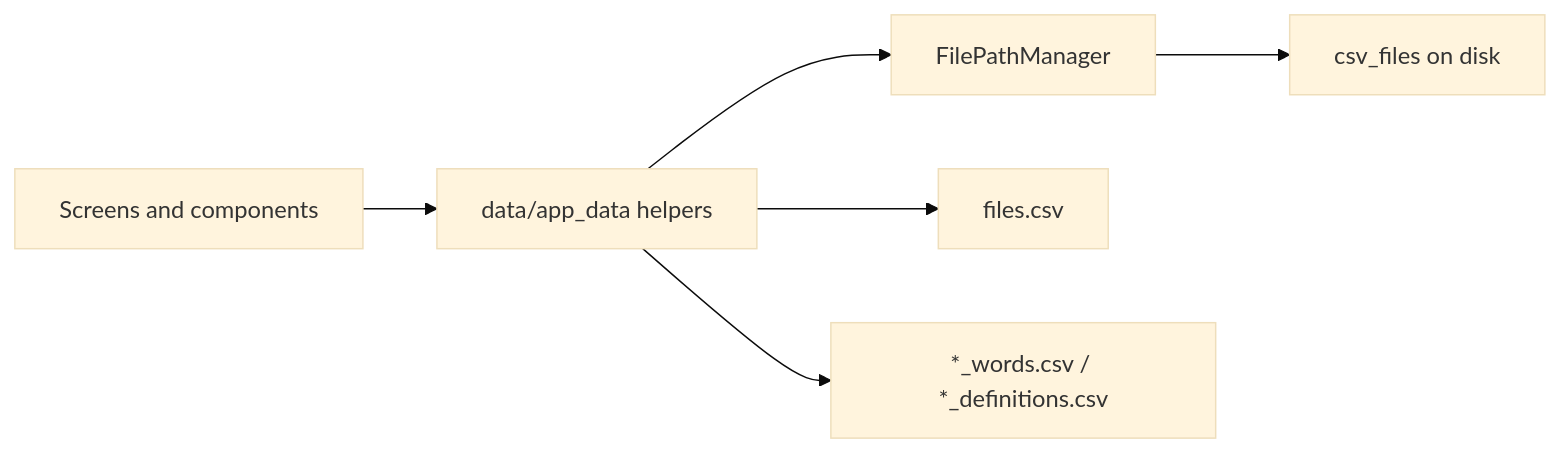
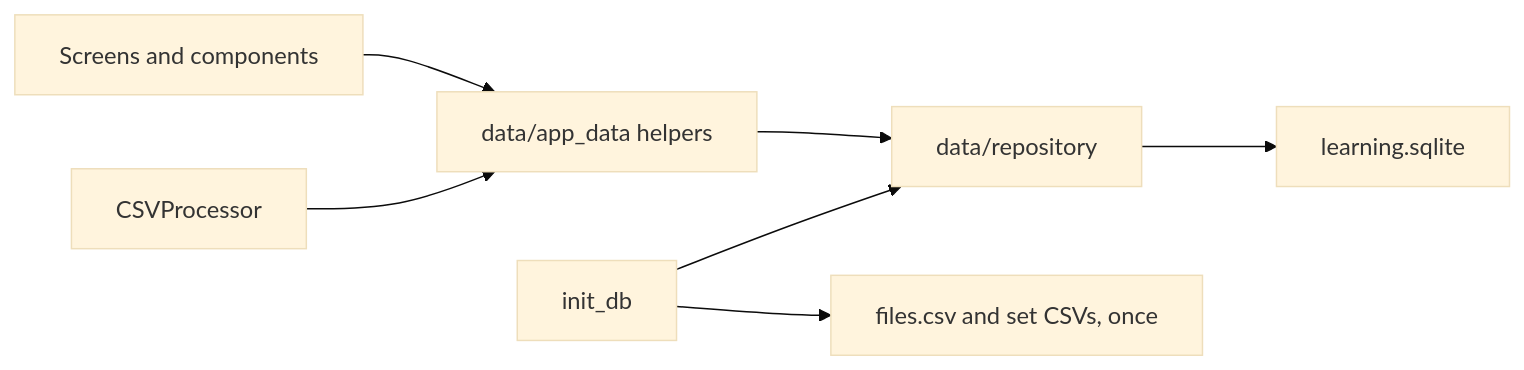
One commit to BartoszKog/my-first-learning-app changed the first of 3 diagrams in docs/architecture/data-and-storage.md. Above: the diagram before and after it, drawn with Mermaid (base theme). The commit also changed other lines of this file and 27 other files, not shown here.

First line of the commit message:
Document the local SQLite store and keep CSV as the import format.

````diff
--- a/docs/architecture/data-and-storage.md
+++ b/docs/architecture/data-and-storage.md
@@ -7,8 +9,9 @@
 ```mermaid
 flowchart LR
     UI[Screens and components] --> Helpers[data/app_data helpers]
-    Helpers --> Paths[FilePathManager]
-    Paths --> Disk[csv_files on disk]
-    Helpers --> Catalog[files.csv]
-    Helpers --> Sets["*_words.csv / *_definitions.csv"]
+    Helpers --> Repo[data/repository]
+    Repo --> DB["learning.sqlite"]
+    Startup[init_db] --> Repo
+    Startup --> Csv["files.csv and set CSVs, once"]
+    Import[CSVProcessor] --> Helpers
 ```
````
